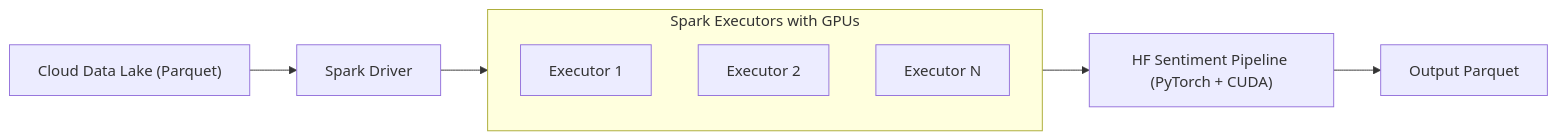
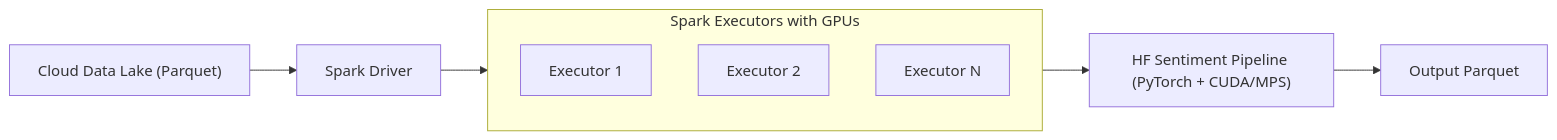
Before and after one commit to NavinAnik/pyspark-gpu-batch-inference: the diagram in README.md, drawn with Mermaid. The commit also changed other lines of this file and 14 other files, not shown here.

````diff
--- a/README.md
+++ b/README.md
@@ -7,15 +7,15 @@
 ```mermaid
 flowchart LR
   dataLake["Cloud Data Lake (Parquet)"]
   driver["Spark Driver"]
   subgraph executors ["Spark Executors with GPUs"]
     e1["Executor 1"]
     e2["Executor 2"]
     eN["Executor N"]
   end
-  hf["HF Sentiment Pipeline (PyTorch + CUDA)"]
+  hf["HF Sentiment Pipeline (PyTorch + CUDA/MPS)"]
   output["Output Parquet"]
 
   dataLake --> driver --> executors
   executors --> hf --> output
 ```
````
